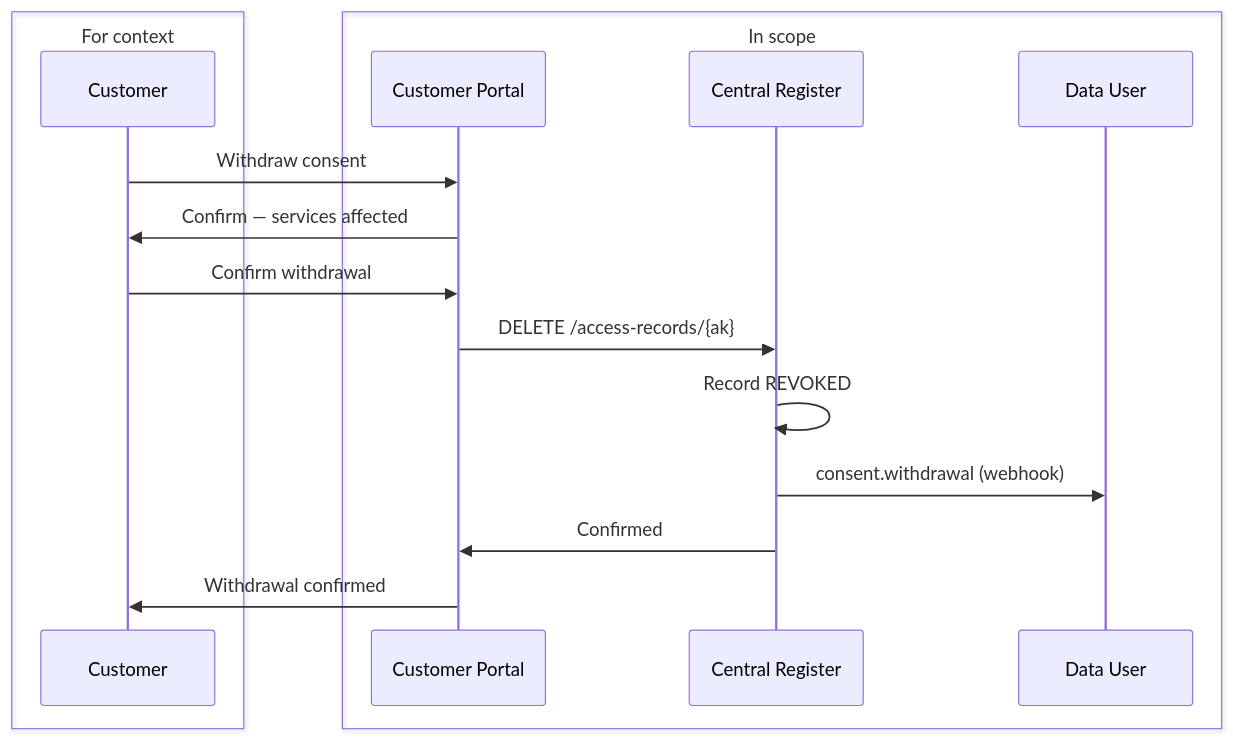
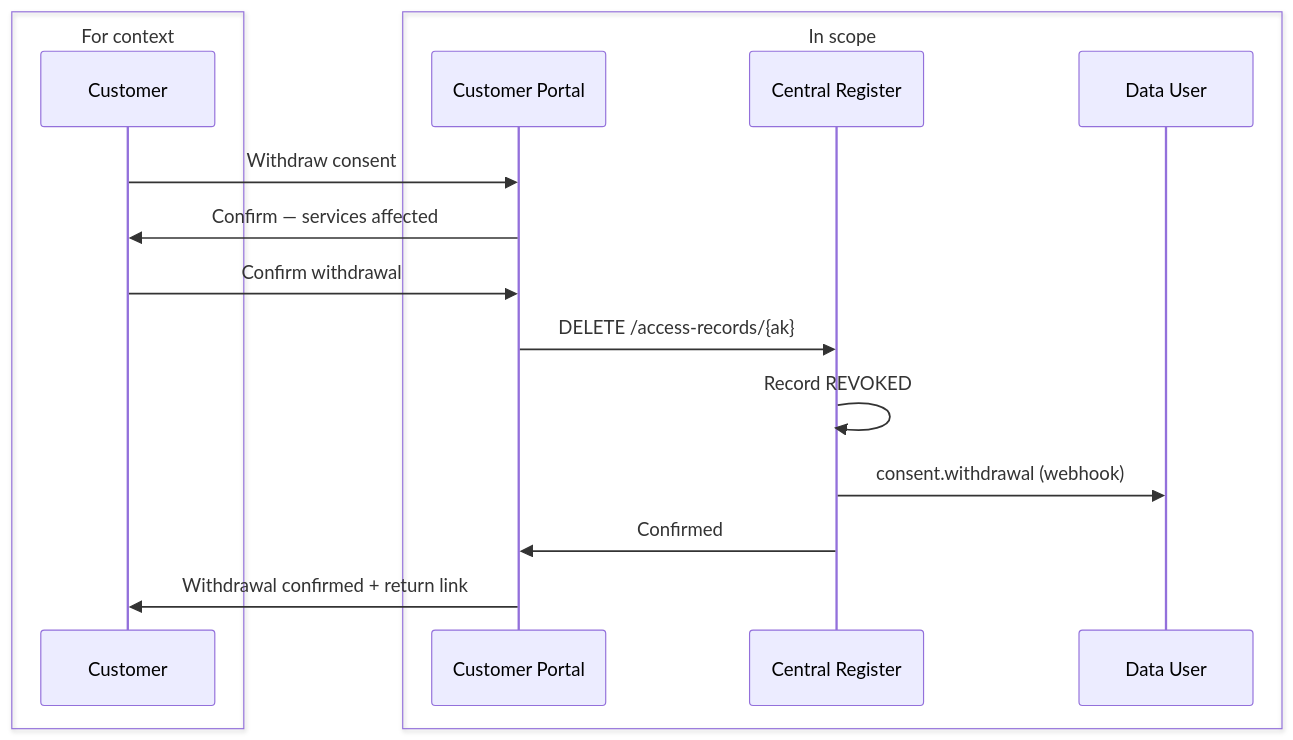
The third of 3 diagrams in docs/customer-portal.mdx (AuthEnergy/dar), drawn with Mermaid before and after one commit. The commit also changed other lines of this file and 4 other files, not shown here.

````diff
--- a/docs/customer-portal.mdx
+++ b/docs/customer-portal.mdx
@@ -150,20 +196,20 @@
 ```mermaid
 sequenceDiagram
     box For context
         participant Customer
     end
     box In scope
         participant Portal as Customer Portal
         participant CR as Central Register
         participant DU as Data User
     end
 
     Customer->>Portal: Withdraw consent
     Portal->>Customer: Confirm — services affected
     Customer->>Portal: Confirm withdrawal
     Portal->>CR: DELETE /access-records/{ak}
     CR->>CR: Record REVOKED
     CR->>DU: consent.withdrawal (webhook)
     CR->>Portal: Confirmed
-    Portal->>Customer: Withdrawal confirmed
+    Portal->>Customer: Withdrawal confirmed + return link
 ```
````
